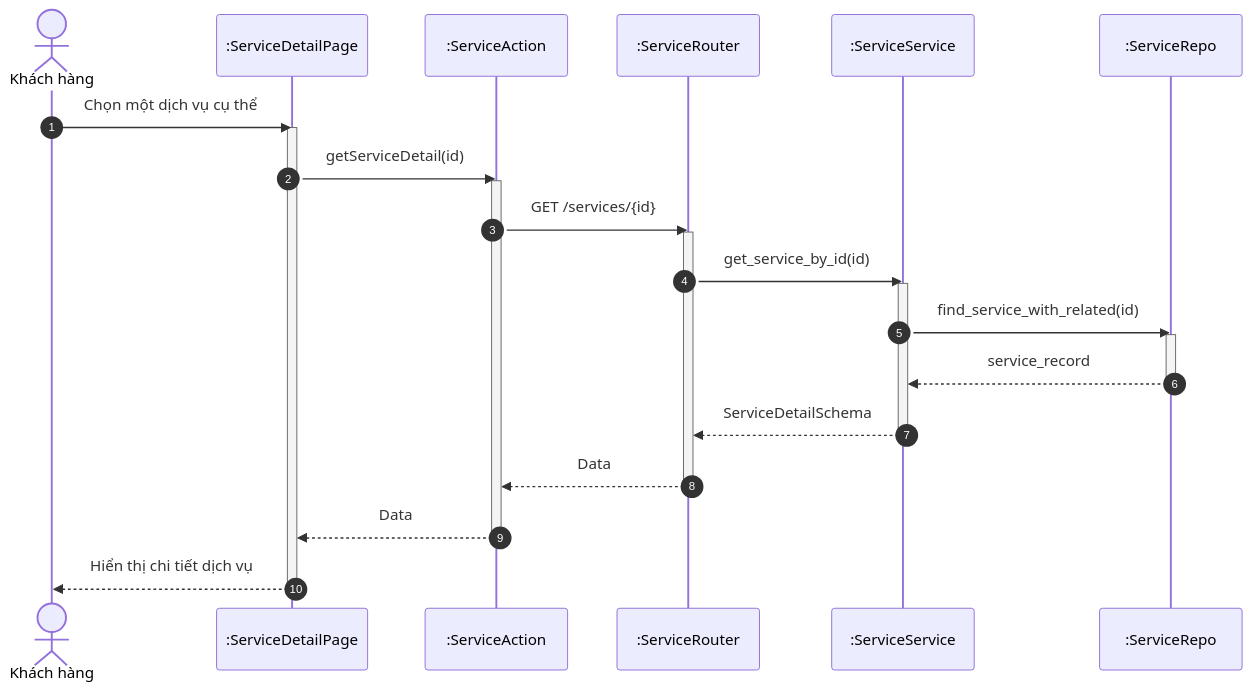
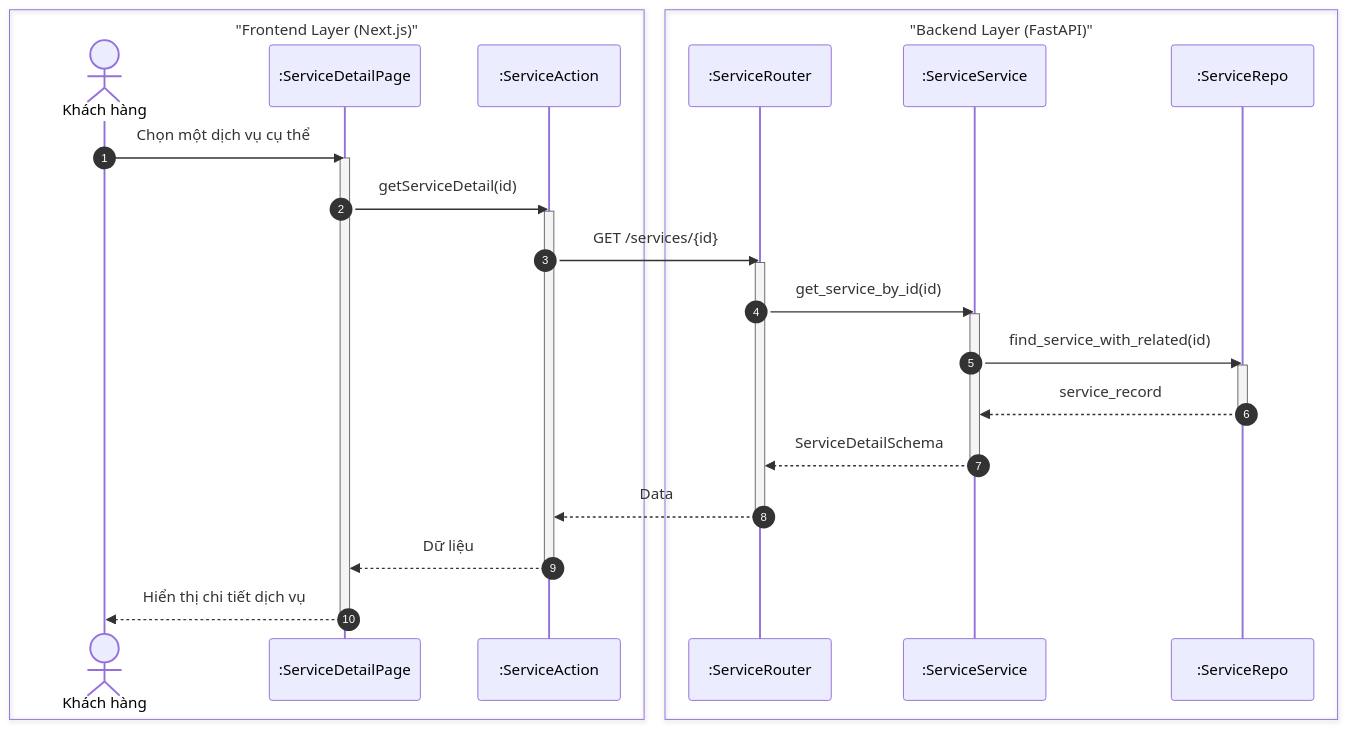
Before and after one commit to ngoctinn/Synapse: the second of 8 diagrams in docs/design/sequences/customer_flows.md, drawn with Mermaid. The commit also changed other lines of this file and 4 other files, not shown here.

Commit message:
docs: Add initial sequence diagrams for authentication, customer, technician, receptionist, and admin flows.

````diff
--- a/docs/design/sequences/customer_flows.md
+++ b/docs/design/sequences/customer_flows.md
@@ -70,38 +75,43 @@
 ```mermaid
 sequenceDiagram
     autonumber
-    actor KH as Khách hàng
-    participant UI as :ServiceDetailPage
-    participant BFF as :ServiceAction
-    participant API as :ServiceRouter
-    participant S as :ServiceService
-    participant DB as :ServiceRepo
+    box "Frontend Layer (Next.js)"
+        actor KH as Khách hàng
+        participant UI as :ServiceDetailPage
+        participant BFF as :ServiceAction
+    end
+
+    box "Backend Layer (FastAPI)"
+        participant API as :ServiceRouter
+        participant S as :ServiceService
+        participant DB as :ServiceRepo
+    end
 
     KH->>UI: Chọn một dịch vụ cụ thể
     activate UI
     UI->>BFF: getServiceDetail(id)
     activate BFF
 
     BFF->>API: GET /services/{id}
     activate API
 
     API->>S: get_service_by_id(id)
     activate S
 
     S->>DB: find_service_with_related(id)
     activate DB
     DB-->>S: service_record
     deactivate DB
 
     S-->>API: ServiceDetailSchema
     deactivate S
 
     API-->>BFF: Data
     deactivate API
 
-    BFF-->>UI: Data
+    BFF-->>UI: Dữ liệu
     deactivate BFF
 
     UI-->>KH: Hiển thị chi tiết dịch vụ
     deactivate UI
 ```
````
